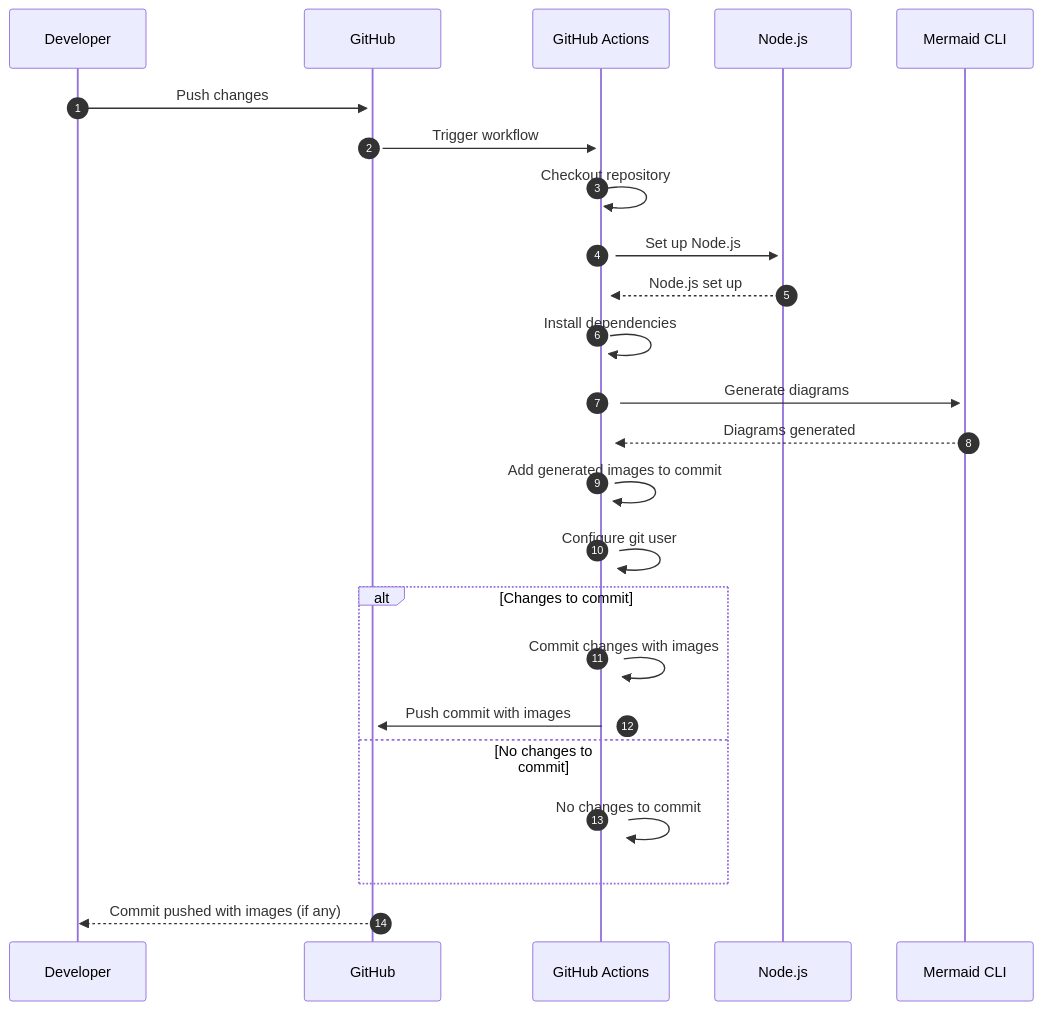
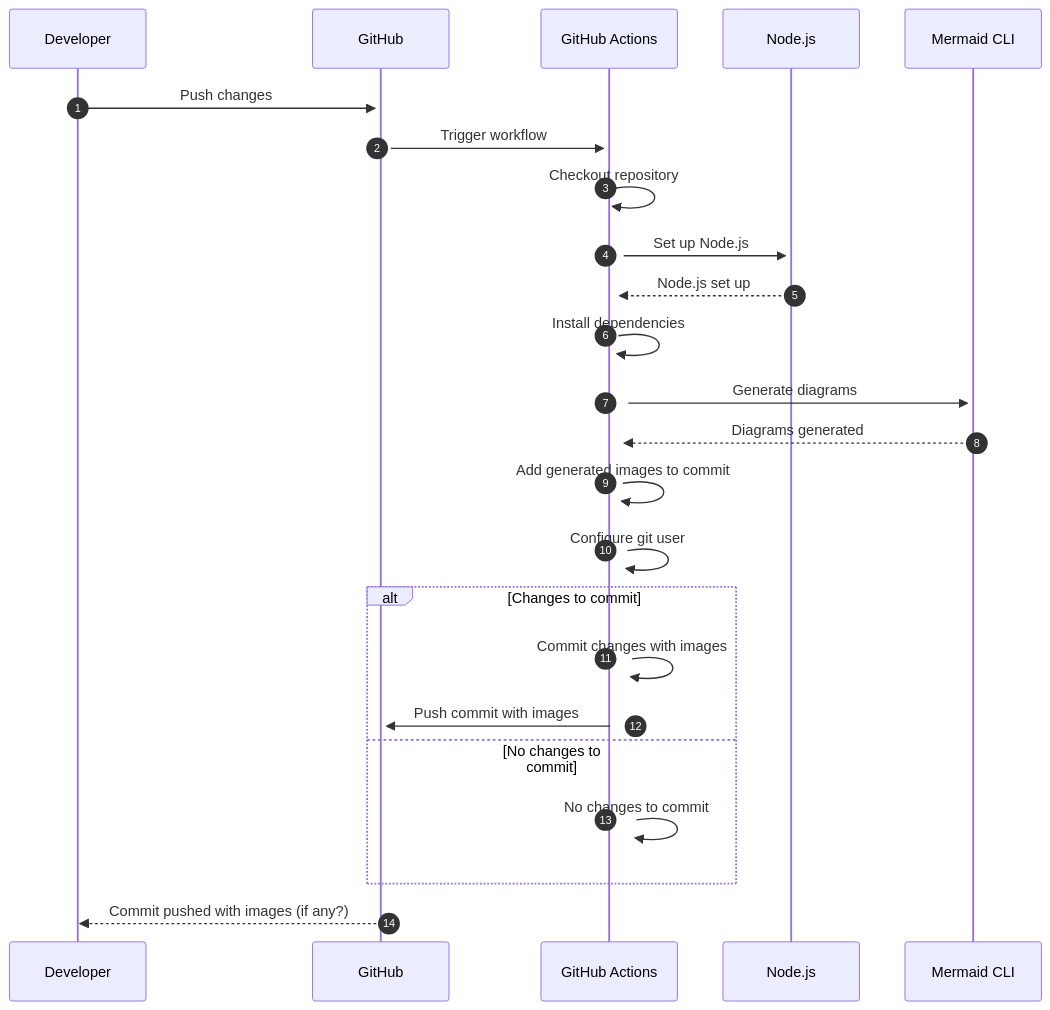
The diagram in generate-diagrams-yml.mmd (cheonglol/diagram-porno), drawn with Mermaid before and after one commit.

Commit message:
Update sequence diagram to clarify commit message for images

```diff
--- a/generate-diagrams-yml.mmd
+++ b/generate-diagrams-yml.mmd
@@ -1,29 +1,29 @@
 sequenceDiagram
     autonumber
     participant Developer as Developer
     participant GitHub as GitHub
     participant Actions as GitHub Actions
     participant Node as Node.js
     participant Mermaid as Mermaid CLI
 
     Developer ->>+ GitHub: Push changes
     GitHub ->>+ Actions: Trigger workflow
 
     Actions ->>+ Actions: Checkout repository
     Actions ->>+ Node: Set up Node.js
     Node -->> Actions: Node.js set up
 
     Actions ->>+ Actions: Install dependencies
     Actions ->>+ Mermaid: Generate diagrams
     Mermaid -->> Actions: Diagrams generated
 
     Actions ->>+ Actions: Add generated images to commit
     Actions ->>+ Actions: Configure git user
     alt Changes to commit
         Actions ->>+ Actions: Commit changes with images
         Actions ->>+ GitHub: Push commit with images
     else No changes to commit
         Actions ->> Actions: No changes to commit
     end
 
-    GitHub -->> Developer: Commit pushed with images (if any)
+    GitHub -->> Developer: Commit pushed with images (if any?)
```
